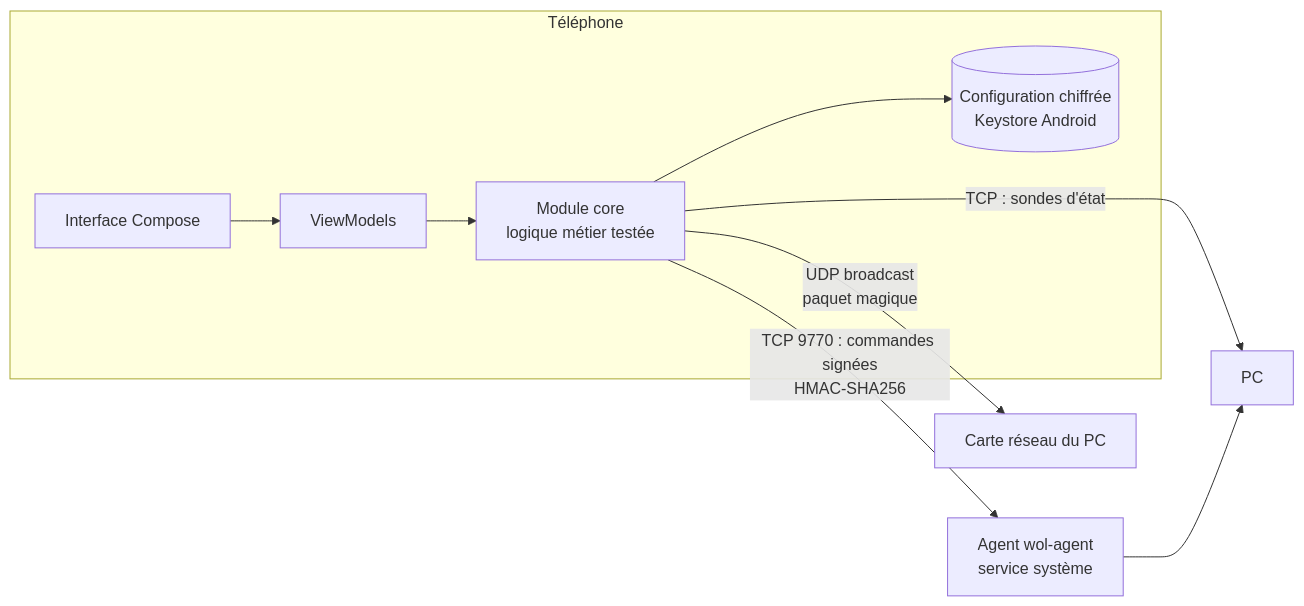
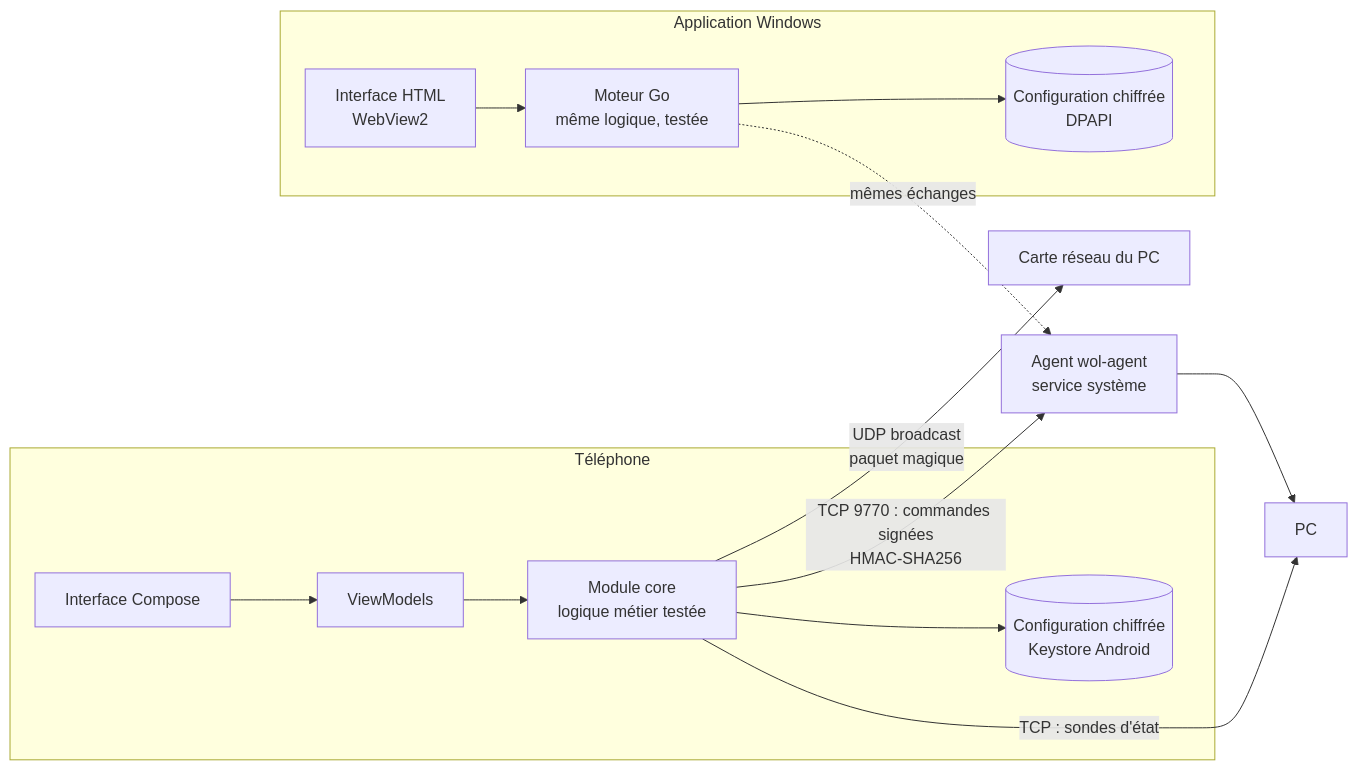
Before and after one commit to slaynAW/Patronus: the diagram in README.md, drawn with Mermaid. The commit also changed other lines of this file and 64 other files, not shown here.

First line of the commit message:
Application Windows : même interface et mêmes fonctions que l'application Android (#5)

````diff
--- a/README.md
+++ b/README.md
@@ -99,12 +118,17 @@
 ```mermaid
 flowchart LR
     subgraph Téléphone
       UI[Interface Compose] --> VM[ViewModels]
       VM --> Core[Module core<br/>logique métier testée]
       Core --> Store[(Configuration chiffrée<br/>Keystore Android)]
     end
+    subgraph Windows[Application Windows]
+      Web[Interface HTML<br/>WebView2] --> GoCore[Moteur Go<br/>même logique, testée]
+      GoCore --> DP[(Configuration chiffrée<br/>DPAPI)]
+    end
     Core -- "UDP broadcast<br/>paquet magique" --> NIC[Carte réseau du PC]
     Core -- "TCP : sondes d'état" --> PC[PC]
     Core -- "TCP 9770 : commandes signées<br/>HMAC-SHA256" --> Agent[Agent wol-agent<br/>service système]
     Agent --> PC
+    GoCore -. "mêmes échanges" .-> Agent
 ```
````
